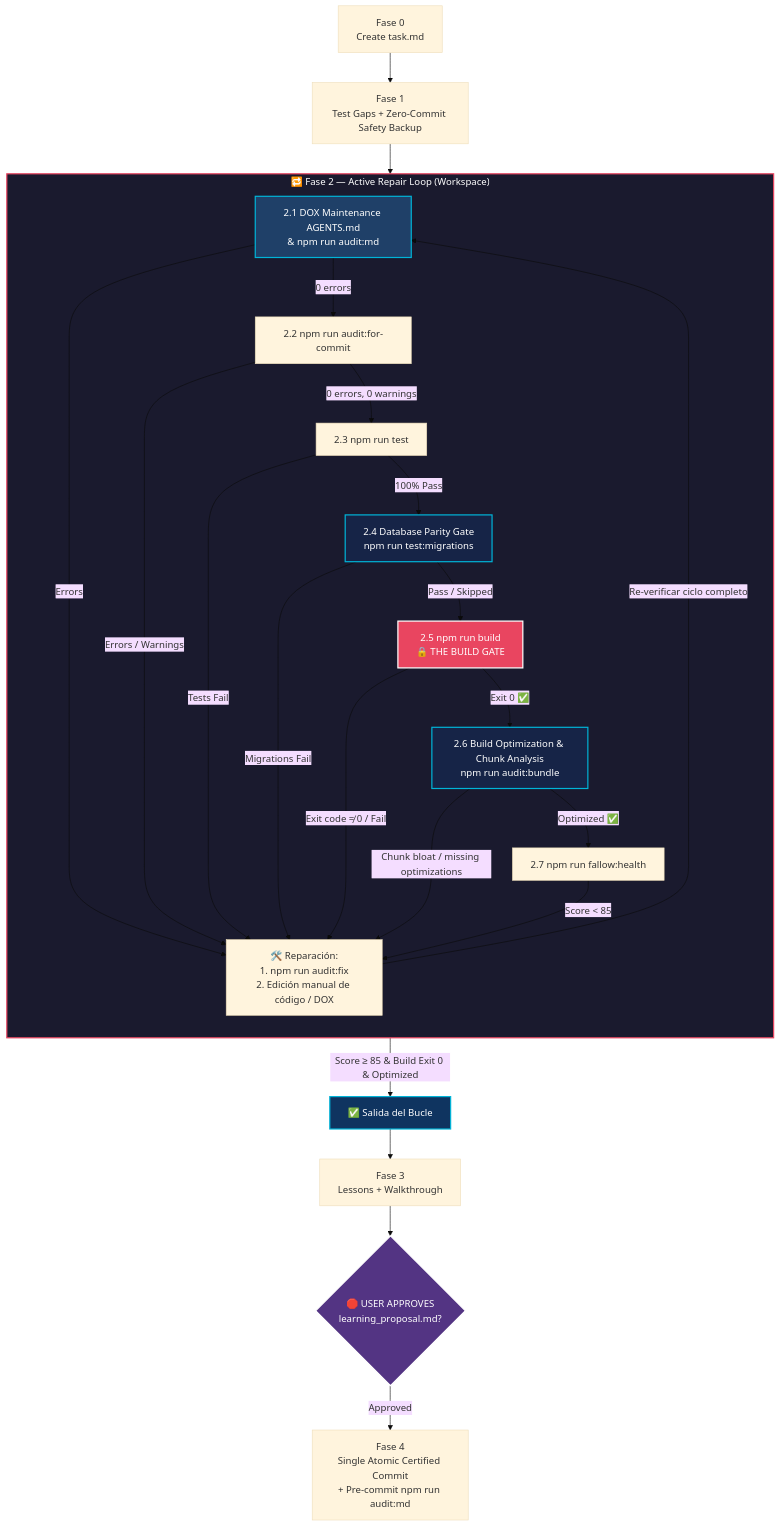
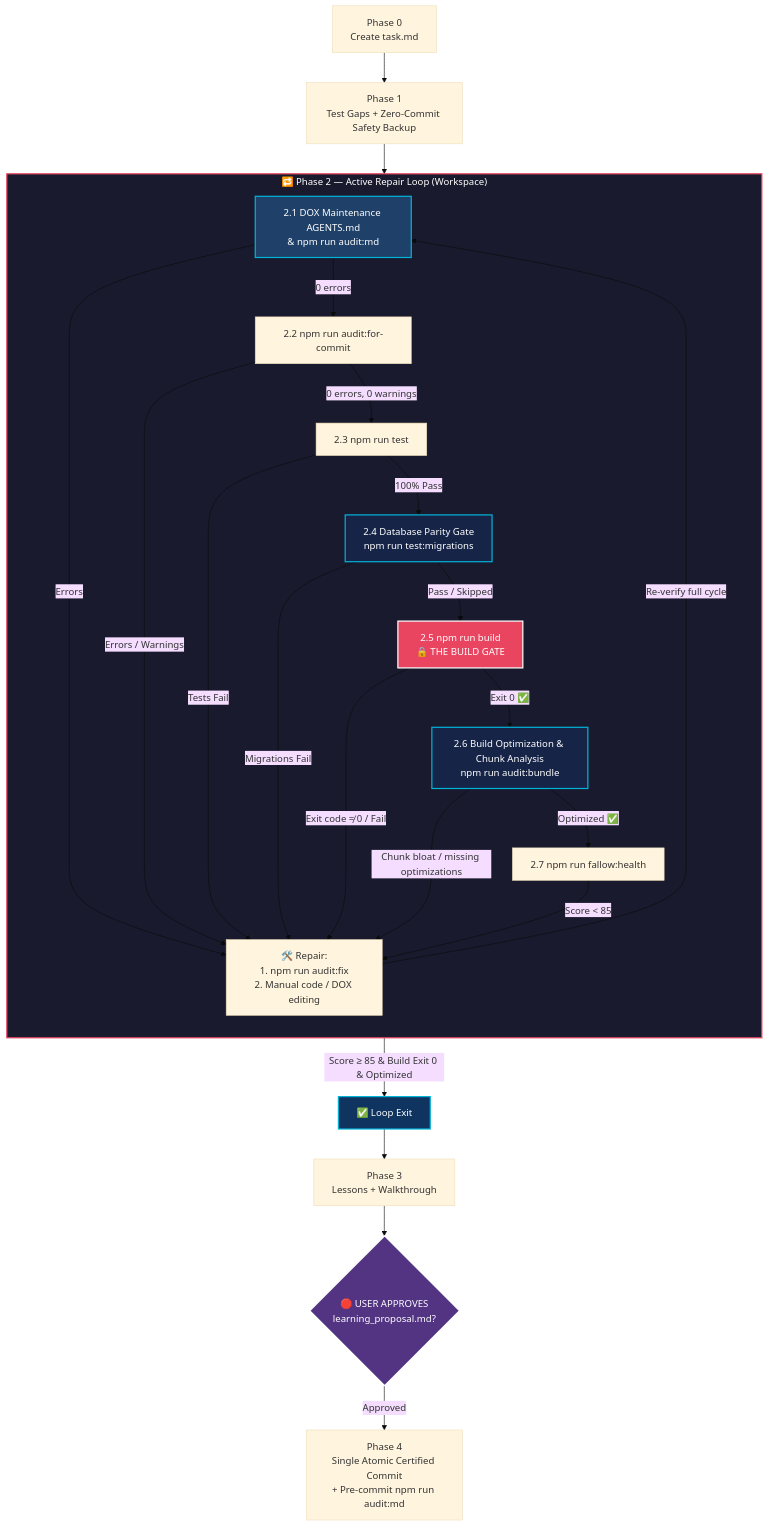
One commit to Darkham77/PokeBorrador changed the diagram in .agents/skills/safe-commit/SKILL.md. Above: the diagram before and after it, drawn with Mermaid (base theme). The commit also changed 79 other files, not shown here.

````diff
--- a/.agents/skills/safe-commit/SKILL.md
+++ b/.agents/skills/safe-commit/SKILL.md
@@ -34,39 +34,39 @@
 ```mermaid
 graph TD
-    A0[Fase 0\nCreate task.md] --> A1
-    A1[Fase 1\nTest Gaps + Zero-Commit Safety Backup] --> LOOP
+    A0[Phase 0\nCreate task.md] --> A1
+    A1[Phase 1\nTest Gaps + Zero-Commit Safety Backup] --> LOOP
 
-    subgraph LOOP ["🔁 Fase 2 — Active Repair Loop (Workspace)"]
+    subgraph LOOP ["🔁 Phase 2 — Active Repair Loop (Workspace)"]
         direction TB
-        C0[2.1 DOX Maintenance AGENTS.md\n& npm run audit:md] -->|Errors| REPAIR[🛠️ Reparación:\n1. npm run audit:fix\n2. Edición manual de código / DOX]
+        C0[2.1 DOX Maintenance AGENTS.md\n& npm run audit:md] -->|Errors| REPAIR[🛠️ Repair:\n1. npm run audit:fix\n2. Manual code / DOX editing]
         C0 -->|0 errors| C1[2.2 npm run audit:for-commit]
         C1 -->|Errors / Warnings| REPAIR
         C1 -->|0 errors, 0 warnings| C2[2.3 npm run test]
         
         C2 -->|Tests Fail| REPAIR
         C2 -->|100% Pass| C2b[2.4 Database Parity Gate\nnpm run test:migrations]
         C2b -->|Migrations Fail| REPAIR
         C2b -->|Pass / Skipped| C3[2.5 npm run build\n🔒 THE BUILD GATE]
         
         C3 -->|Exit code ≠ 0 / Fail| REPAIR
         C3 -->|Exit 0 ✅| C4[2.6 Build Optimization & Chunk Analysis\nnpm run audit:bundle]
         C4 -->|Chunk bloat / missing optimizations| REPAIR
         C4 -->|Optimized ✅| C5[2.7 npm run fallow:health]
         
         C5 -->|Score < 85| REPAIR
-        REPAIR -->|Re-verificar ciclo completo| C0
+        REPAIR -->|Re-verify full cycle| C0
     end
 
-    C5 -->|Score ≥ 85 & Build Exit 0 & Optimized| EXIT_GATE[✅ Salida del Bucle]
-    EXIT_GATE --> A3[Fase 3\nLessons + Walkthrough]
+    C5 -->|Score ≥ 85 & Build Exit 0 & Optimized| EXIT_GATE[✅ Loop Exit]
+    EXIT_GATE --> A3[Phase 3\nLessons + Walkthrough]
     A3 --> STOP1{🛑 USER APPROVES\nlearning_proposal.md?}
-    STOP1 -->|Approved| A4[Fase 4\nSingle Atomic Certified Commit\n+ Pre-commit npm run audit:md]
+    STOP1 -->|Approved| A4[Phase 4\nSingle Atomic Certified Commit\n+ Pre-commit npm run audit:md]
 
     style LOOP fill:#1a1a2e,stroke:#e94560,stroke-width:2px,color:#fff
     style C0 fill:#1f4068,stroke:#00b4d8,stroke-width:2px,color:#fff
     style C2b fill:#162447,stroke:#00b4d8,stroke-width:2px,color:#fff
     style C3 fill:#e94560,stroke:#fff,stroke-width:2px,color:#fff
     style C4 fill:#162447,stroke:#00b4d8,stroke-width:2px,color:#fff
     style EXIT_GATE fill:#0f3460,stroke:#00b4d8,stroke-width:2px,color:#fff
     style STOP1 fill:#533483,stroke:#fff,stroke-width:2px,color:#fff
 ```
````
